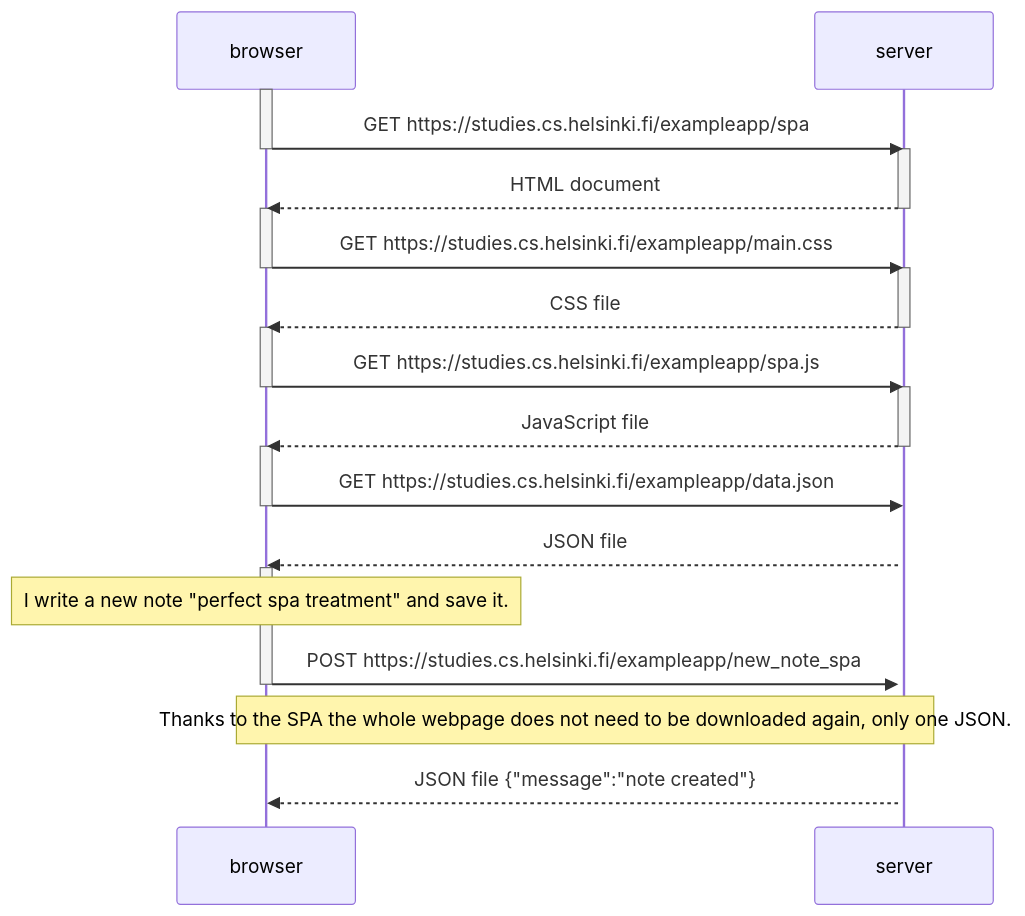
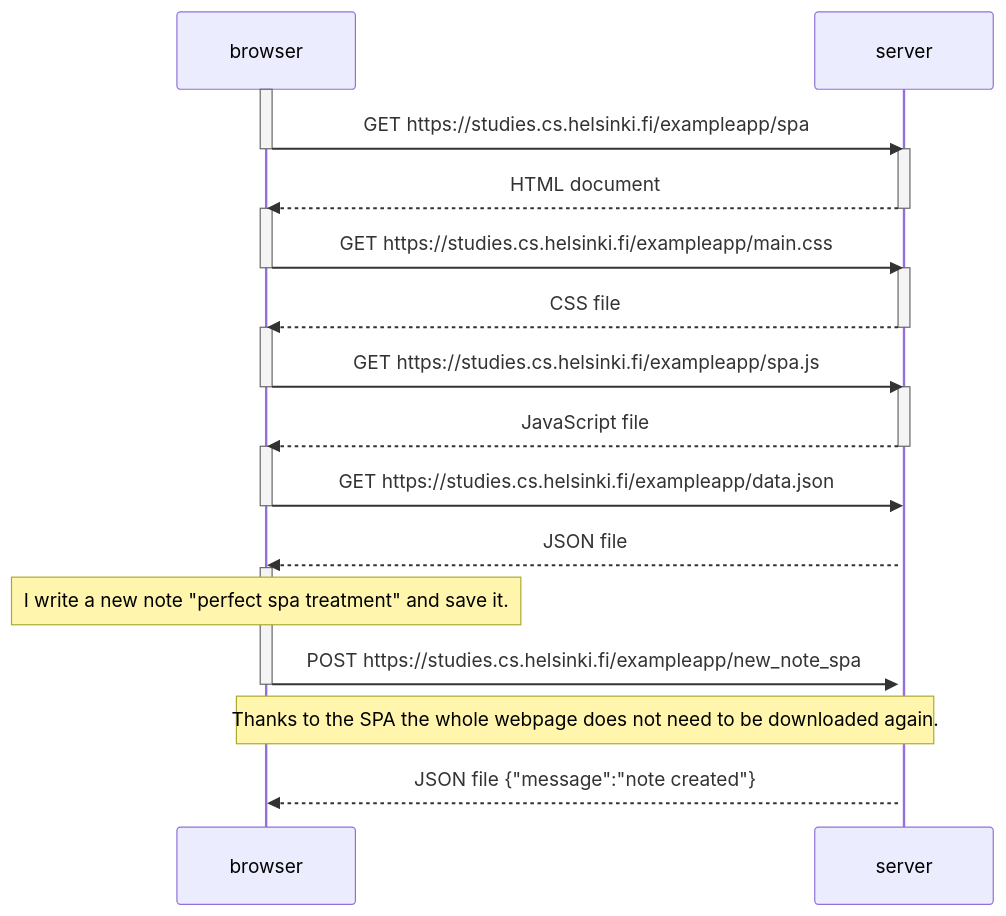
The diagram in osa0/0.6-sequencechart.md (TegelVee/Fullstack_exerciserepo), drawn with Mermaid before and after one commit.

````diff
--- a/osa0/0.6-sequencechart.md
+++ b/osa0/0.6-sequencechart.md
@@ -5,39 +5,39 @@
 ```mermaid
 sequenceDiagram
   participant browser
   participant server
   activate browser
   browser->>server: GET https://studies.cs.helsinki.fi/exampleapp/spa
   deactivate browser
   activate server
   server-->>browser: HTML document
   deactivate server
 
   activate browser
   browser->>server: GET https://studies.cs.helsinki.fi/exampleapp/main.css
   deactivate browser
   activate server
   server-->>browser: CSS file
   deactivate server
 
   activate browser
   browser->>server: GET https://studies.cs.helsinki.fi/exampleapp/spa.js
   deactivate browser
   activate server
   server-->>browser: JavaScript file
   deactivate server
 
   activate browser
   browser->>server: GET https://studies.cs.helsinki.fi/exampleapp/data.json
   deactivate browser
   activate server
   server-->>browser: JSON file
 
   activate browser
   Note over browser: I write a new note "perfect spa treatment" and save it.
   browser->>server: POST https://studies.cs.helsinki.fi/exampleapp/new_note_spa
   deactivate browser
   activate server
-  Note over server,browser: Thanks to the SPA the whole webpage does not need to be downloaded again, only one JSON.
+  Note over server,browser: Thanks to the SPA the whole webpage does not need to be downloaded again.
   server-->>browser: JSON file {"message":"note created"}
 ```
````
